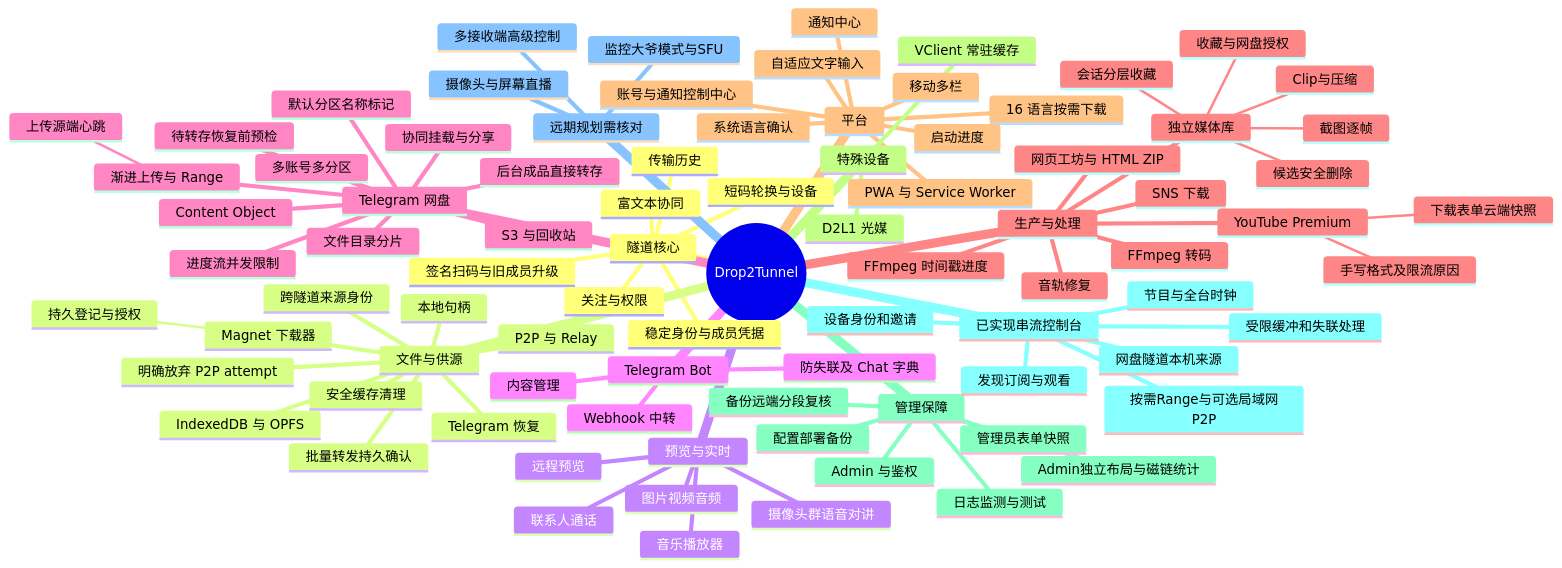
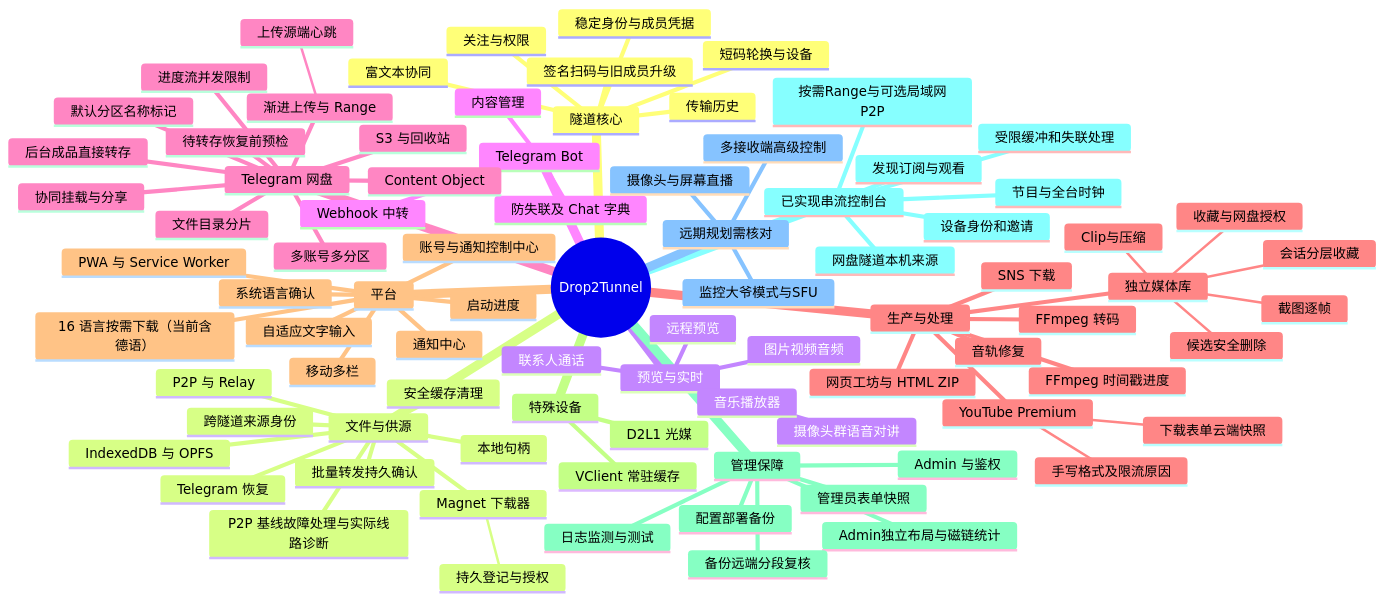
One commit to Ltre/file-tunnel changed the diagram in docs/overview/feature-mindmaps/README.md. Above: the diagram before and after it, drawn with Mermaid. The commit also changed other lines of this file and 7 other files, not shown here.

Commit message:
docs: update feature mindmaps for merged capabilities

```diff
--- a/docs/overview/feature-mindmaps/README.md
+++ b/docs/overview/feature-mindmaps/README.md
@@ -26,7 +26,7 @@
       本地句柄
       Telegram 恢复
       跨隧道来源身份
-      明确放弃 P2P attempt
+      P2P 基线故障处理与实际线路诊断
       批量转发持久确认
       安全缓存清理
       Magnet 下载器
@@ -71,7 +71,7 @@
     平台
       PWA 与 Service Worker
       移动多栏
-      16 语言按需下载
+      16 语言按需下载（当前含德语）
       系统语言确认
       通知中心
       账号与通知控制中心
```
